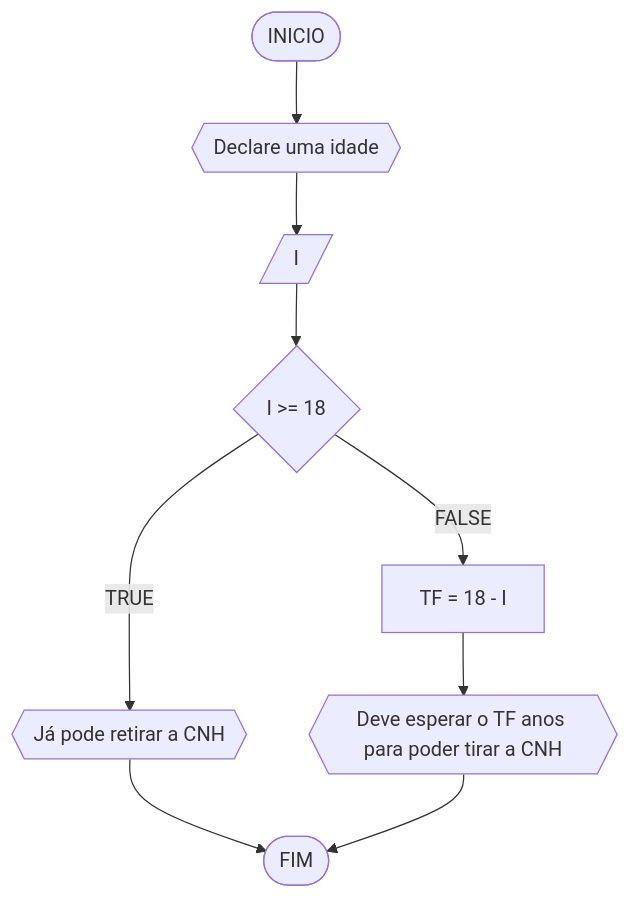
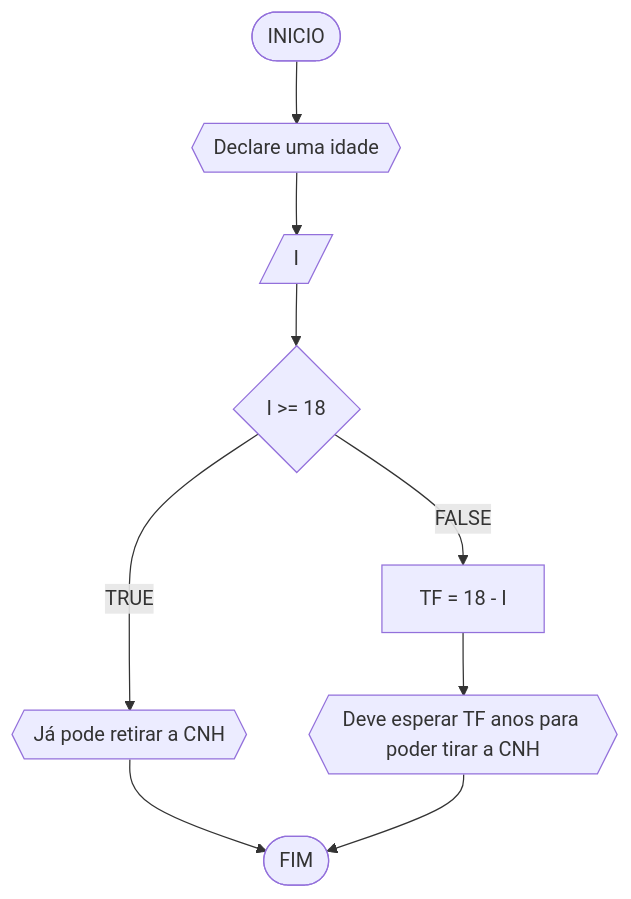
The fourth of 4 diagrams in RLA/unidade1/lista1.md (cauaalexandrino/Unifor), drawn with Mermaid before and after one commit.

````diff
--- a/RLA/unidade1/lista1.md
+++ b/RLA/unidade1/lista1.md
@@ -128,12 +128,12 @@
 ```mermaid
 flowchart TD
 A([INICIO])--> B{{Declare uma idade}}
 B --> C[/I/]
 C --> D{I >= 18}
 D --TRUE--> E{{Já pode retirar a CNH}}
 D --FALSE--> F[TF = 18 - I]
-F --> G{{Deve esperar o TF anos para poder tirar a CNH}}
+F --> G{{Deve esperar TF anos para poder tirar a CNH}}
 E --> I([FIM])
 G --> I
 
 ```  
````
